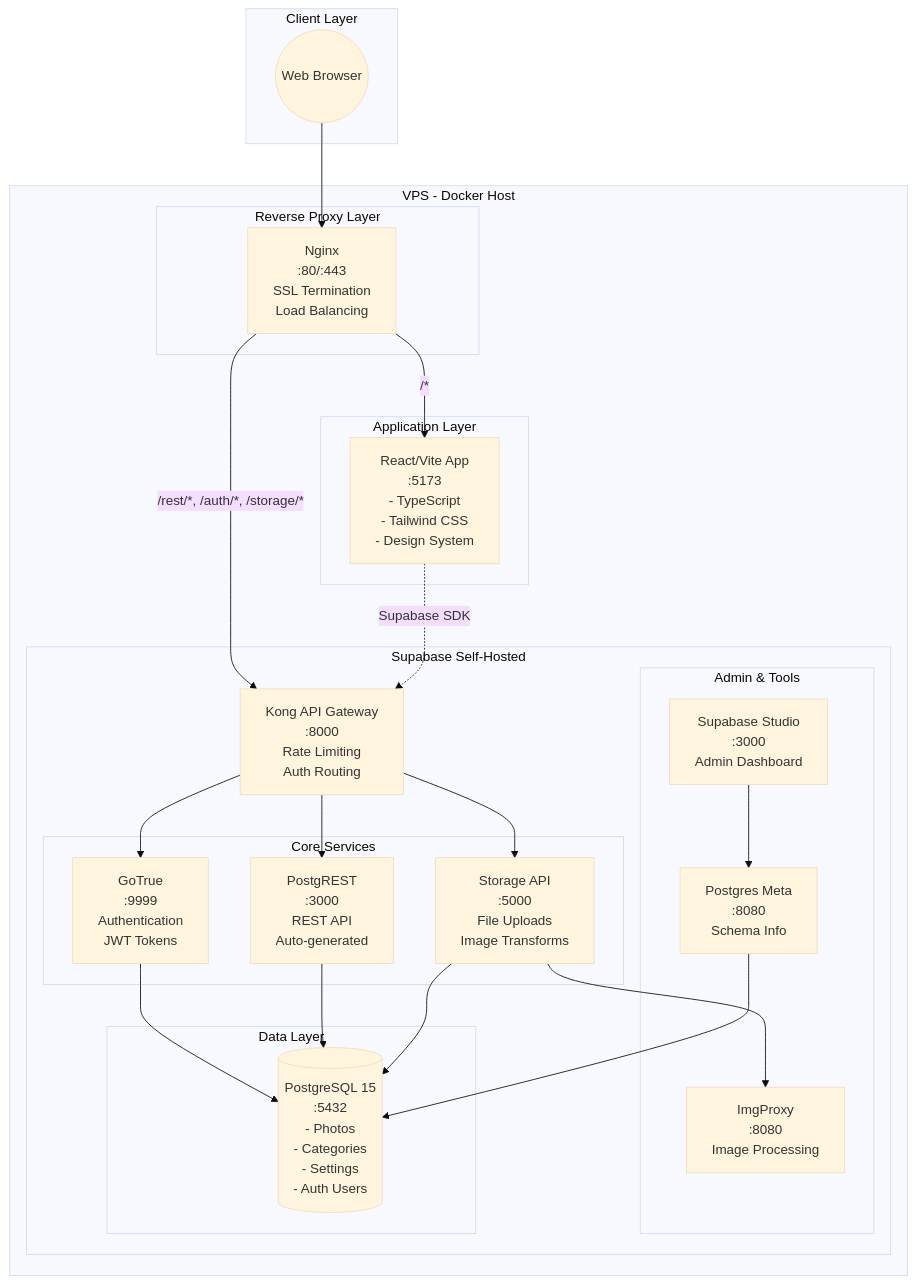
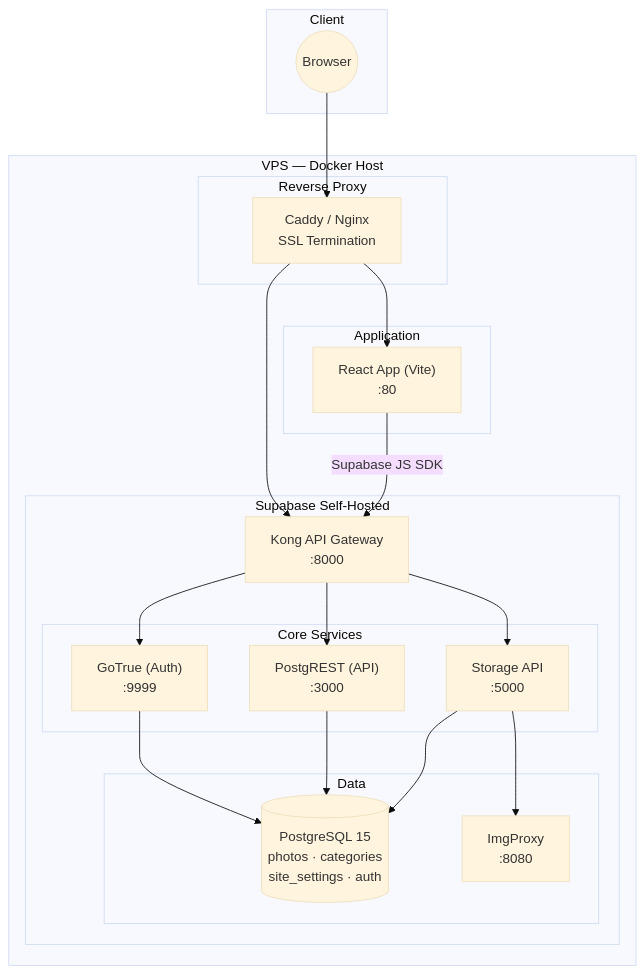
Before and after one commit to K-Schmitt/HenrardVisuals: the first of 4 diagrams in docs/ARCHITECTURE.md, drawn with Mermaid (base theme). The commit also changed other lines of this file and 16 other files, not shown here.

````diff
--- a/docs/ARCHITECTURE.md
+++ b/docs/ARCHITECTURE.md
@@ -11,53 +11,46 @@
 ```mermaid
 graph TB
-    subgraph "Client Layer"
-        BROWSER((Web Browser))
+    subgraph "Client"
+        BROWSER((Browser))
     end
 
-    subgraph "VPS - Docker Host"
-        subgraph "Reverse Proxy Layer"
-            NGINX["Nginx<br/>:80/:443<br/>SSL Termination<br/>Load Balancing"]
+    subgraph "VPS — Docker Host"
+        subgraph "Reverse Proxy"
+            PROXY["Caddy / Nginx<br/>SSL Termination"]
         end
 
-        subgraph "Application Layer"
-            APP["React/Vite App<br/>:5173<br/>- TypeScript<br/>- Tailwind CSS<br/>- Design System"]
+        subgraph "Application"
+            APP["React App (Vite)<br/>:80"]
         end
 
         subgraph "Supabase Self-Hosted"
-            KONG["Kong API Gateway<br/>:8000<br/>Rate Limiting<br/>Auth Routing"]
-            
+            KONG["Kong API Gateway<br/>:8000"]
+
             subgraph "Core Services"
-                AUTH["GoTrue<br/>:9999<br/>Authentication<br/>JWT Tokens"]
-                REST["PostgREST<br/>:3000<br/>REST API<br/>Auto-generated"]
-                STORAGE["Storage API<br/>:5000<br/>File Uploads<br/>Image Transforms"]
+                AUTH["GoTrue (Auth)<br/>:9999"]
+                REST["PostgREST (API)<br/>:3000"]
+                STORAGE["Storage API<br/>:5000"]
             end
-            
-            subgraph "Admin & Tools"
-                STUDIO["Supabase Studio<br/>:3000<br/>Admin Dashboard"]
-                META["Postgres Meta<br/>:8080<br/>Schema Info"]
-                IMGPROXY["ImgProxy<br/>:8080<br/>Image Processing"]
-            end
-            
-            subgraph "Data Layer"
-                POSTGRES[("PostgreSQL 15<br/>:5432<br/>- Photos<br/>- Categories<br/>- Settings<br/>- Auth Users")]
+
+            subgraph "Data"
+                POSTGRES[("PostgreSQL 15<br/>photos · categories<br/>site_settings · auth")]
+                IMGPROXY["ImgProxy<br/>:8080"]
             end
         end
     end
 
-    BROWSER --> NGINX
-    NGINX -->|"/*"| APP
-    NGINX -->|"/rest/*, /auth/*, /storage/*"| KONG
-    
+    BROWSER --> PROXY
+    PROXY --> APP
+    PROXY --> KONG
+
     KONG --> AUTH
     KONG --> REST
     KONG --> STORAGE
-    
-    APP -.->|"Supabase SDK"| KONG
-    
+
+    APP -- "Supabase JS SDK" --> KONG
+
     AUTH --> POSTGRES
     REST --> POSTGRES
     STORAGE --> POSTGRES
-    STUDIO --> META
-    META --> POSTGRES
     STORAGE --> IMGPROXY
 ```
````
